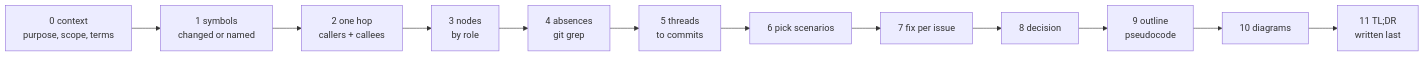
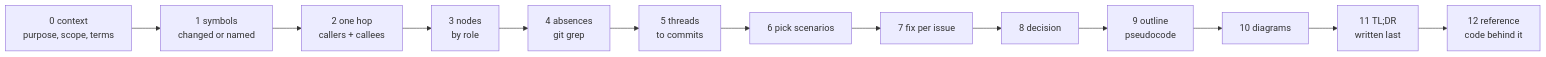
The diagram in skills/explain/references/research-recipe.md (gauravprwl14/100x-engineer), drawn with Mermaid before and after one commit. The commit also changed other lines of this file and 18 other files, not shown here.

First line of the commit message:
explain: code reference drill-down, code_ref tool, overview and work-doctor pages

````diff
--- a/skills/explain/references/research-recipe.md
+++ b/skills/explain/references/research-recipe.md
@@ -7,14 +7,15 @@
 ```mermaid
 flowchart LR
   X[0 context<br/>purpose, scope, terms] --> S[1 symbols<br/>changed or named]
   S --> H[2 one hop<br/>callers + callees]
   H --> N[3 nodes<br/>by role]
   N --> A[4 absences<br/>git grep]
   A --> T[5 threads<br/>to commits]
   T --> P[6 pick scenarios]
   P --> F[7 fix per issue]
   F --> D[8 decision]
   D --> O[9 outline<br/>pseudocode]
   O --> G[10 diagrams]
   G --> L[11 TL;DR<br/>written last]
+  L --> R[12 reference<br/>code behind it]
 ```
````
